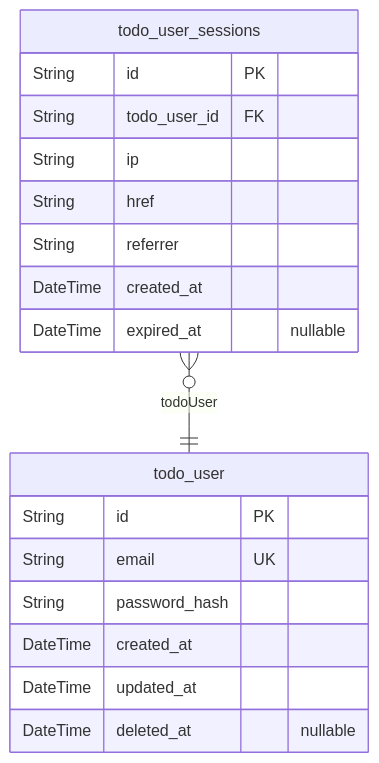
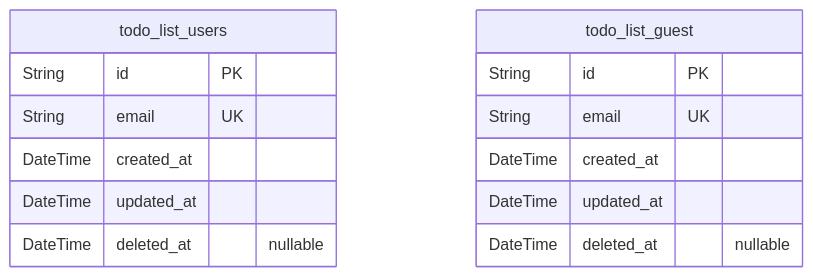
Before and after one commit to wrtnlabs/autobe-examples: the first of 2 diagrams in qwen/qwen3-next-80b-a3b-instruct/todo/docs/ERD.md, drawn with Mermaid. The commit also changed other lines of this file and 1725 other files, not shown here.

````diff
--- a/qwen/qwen3-next-80b-a3b-instruct/todo/docs/ERD.md
+++ b/qwen/qwen3-next-80b-a3b-instruct/todo/docs/ERD.md
@@ -10,21 +10,17 @@
 ```mermaid
 erDiagram
-"todo_user" {
+"todo_list_users" {
   String id PK
   String email UK
-  String password_hash
   DateTime created_at
   DateTime updated_at
   DateTime deleted_at "nullable"
 }
-"todo_user_sessions" {
+"todo_list_guest" {
   String id PK
-  String todo_user_id FK
-  String ip
-  String href
-  String referrer
+  String email UK
   DateTime created_at
-  DateTime expired_at "nullable"
+  DateTime updated_at
+  DateTime deleted_at "nullable"
 }
-"todo_user_sessions" }o--|| "todo_user" : todoUser
 ```
````
